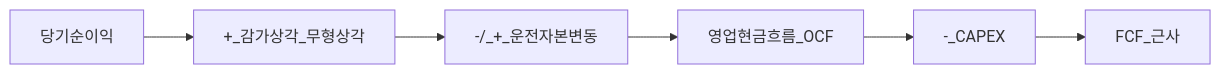
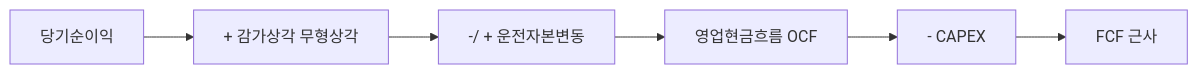
The second of 3 diagrams in 01-foundations/cash-flow-statement-fcf.md (goldanghenry/Finances), drawn with Mermaid before and after one commit. The commit also changed other lines of this file and 211 other files, not shown here.

````diff
--- a/01-foundations/cash-flow-statement-fcf.md
+++ b/01-foundations/cash-flow-statement-fcf.md
@@ -149,8 +157,8 @@
 ```mermaid
 flowchart LR
-  NI[당기순이익] --> Add[+_감가상각_무형상각]
-  Add --> WC[-/_+_운전자본변동]
-  WC --> OCF[영업현금흐름_OCF]
-  OCF --> Cap[-_CAPEX]
-  Cap --> FCF[FCF_근사]
+  NI[당기순이익] --> Add["+ 감가상각 무형상각"]
+  Add --> WC["-/ + 운전자본변동"]
+  WC --> OCF["영업현금흐름 OCF"]
+  OCF --> Cap["- CAPEX"]
+  Cap --> FCF["FCF 근사"]
 ```
````
